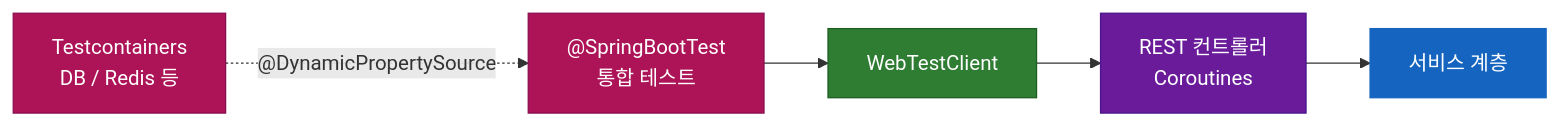
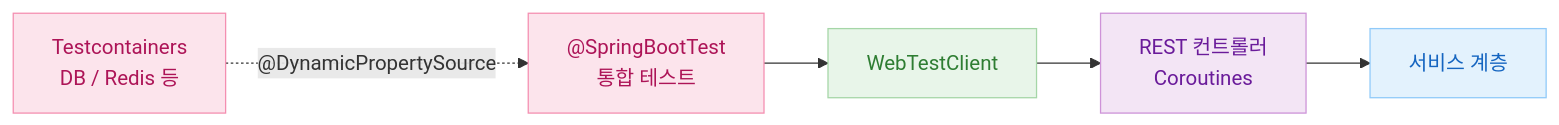
Before and after one commit to bluetape4k/bluetape4k-projects: the fourth of 4 diagrams in spring-boot3/core/README.ko.md, drawn with Mermaid. The commit also changed other lines of this file and 219 other files, not shown here.

First line of the commit message:
docs: 전체 README Mermaid 다이어그램 가이드 적용

````diff
--- a/spring-boot3/core/README.ko.md
+++ b/spring-boot3/core/README.ko.md
@@ -176,18 +176,18 @@
 ```mermaid
 flowchart LR
     Test["@SpringBootTest<br/>통합 테스트"] --> WTC["WebTestClient"]
     WTC --> Controller["REST 컨트롤러<br/>Coroutines"]
     Controller --> Service["서비스 계층"]
     TC["Testcontainers<br/>DB / Redis 등"] -.->|"@DynamicPropertySource"| Test
 
-    classDef testStyle fill:#AD1457,stroke:#880E4F,color:#FFFFFF
-    classDef springStyle fill:#2E7D32,stroke:#1B5E20,color:#FFFFFF
-    classDef asyncStyle fill:#6A1B9A,stroke:#4A148C,color:#FFFFFF
-    classDef serviceStyle fill:#1565C0,stroke:#1565C0,color:#FFFFFF
+    classDef testStyle fill:#FCE4EC,stroke:#F48FB1,color:#AD1457
+    classDef springStyle fill:#E8F5E9,stroke:#A5D6A7,color:#2E7D32
+    classDef asyncStyle fill:#F3E5F5,stroke:#CE93D8,color:#6A1B9A
+    classDef serviceStyle fill:#E3F2FD,stroke:#90CAF9,color:#1565C0
 
     class Test testStyle
     class TC testStyle
     class WTC springStyle
     class Controller asyncStyle
     class Service serviceStyle
 ```
````
